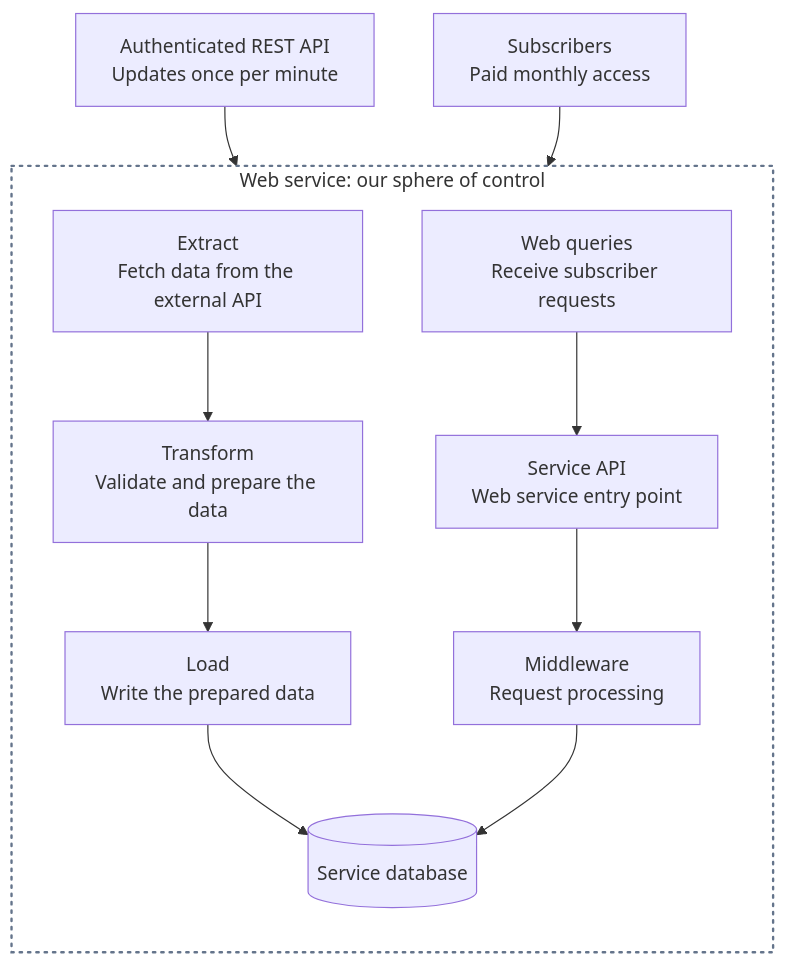
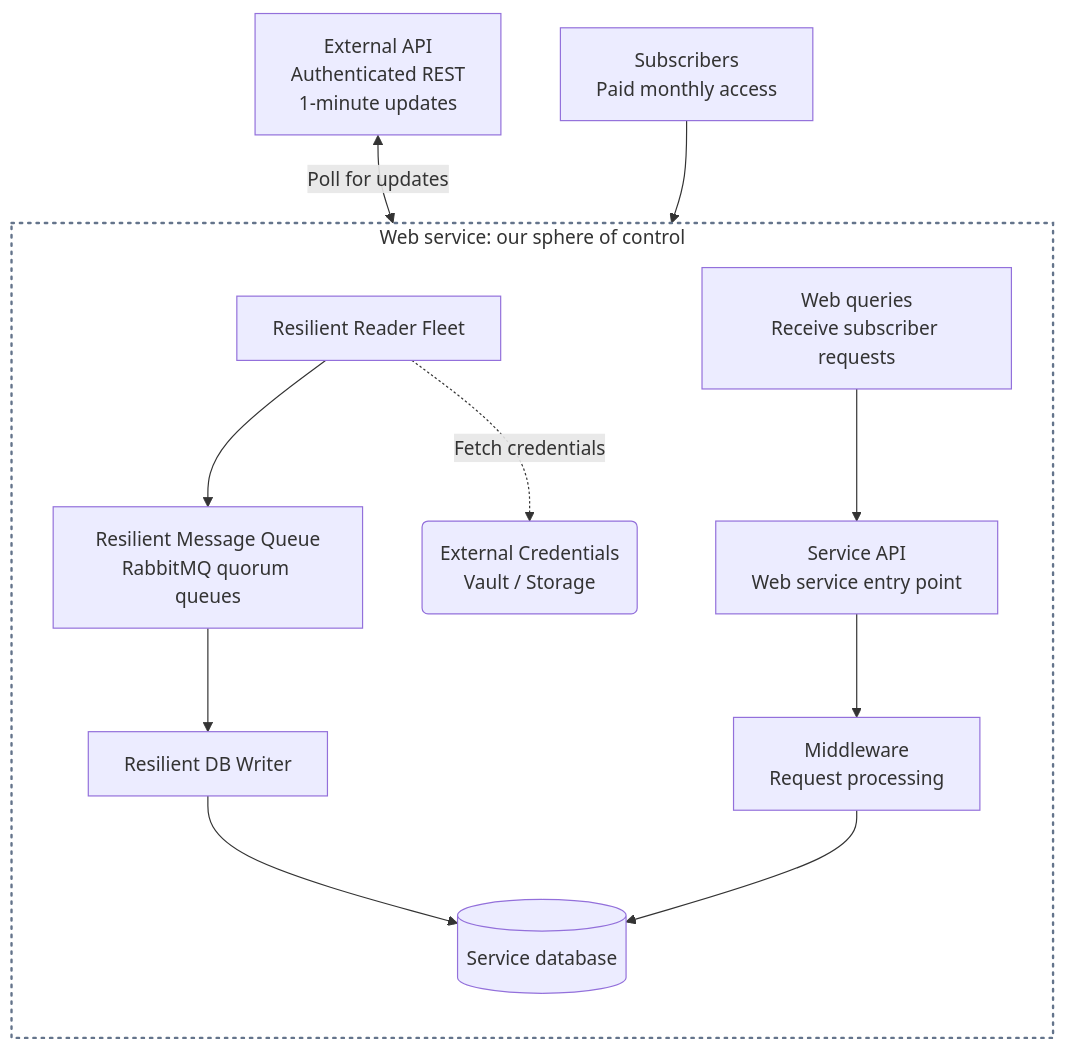
One commit to SixbucksSolutions/web-based-etl-system-design changed the diagram in README.md. Above: the diagram before and after it, drawn with Mermaid. The commit also changed other lines of this file, not shown here.

Commit message:
Show ingest components, credentials lookaside, and source polling

````diff
--- a/README.md
+++ b/README.md
@@ -27,30 +27,32 @@
 ```mermaid
 flowchart TB
-    upstream["Authenticated REST API<br/>Updates once per minute"]
+    upstream["External API<br/>Authenticated REST<br/>1-minute updates"]
     users["Subscribers<br/>Paid monthly access"]
 
     subgraph service["Web service: our sphere of control"]
         direction TB
-        extract["Extract<br/>Fetch data from the external API"]
+        readers["Resilient Reader Fleet"]
         queries["Web queries<br/>Receive subscriber requests"]
 
-        transform["Transform<br/>Validate and prepare the data"]
+        queue["Resilient Message Queue<br/>RabbitMQ quorum queues"]
         api["Service API<br/>Web service entry point"]
 
-        load["Load<br/>Write the prepared data"]
+        writer["Resilient DB Writer"]
         middleware["Middleware<br/>Request processing"]
         db[("Service database")]
+        vault("External Credentials<br/>Vault / Storage")
 
-        extract --> transform
-        transform --> load
-        load --> db
+        readers --> queue
+        queue --> writer
+        writer --> db
+        readers -.->|Fetch credentials| vault
         api --> middleware
         middleware --> db
     end
 
-    upstream --> extract
+    upstream <-->|Poll for updates| readers
     users --> queries
     queries --> api
 
     style service fill:transparent,stroke:#64748b,stroke-width:2px,stroke-dasharray:2 5,stroke-linecap:round
 ```
````
